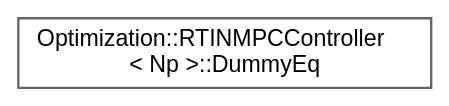
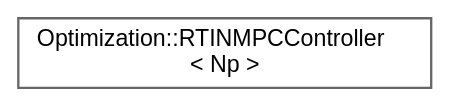
One commit to jswoo0615/Algorithms_for_Optimization_cpp changed the diagram in inherit_graph_52.dot. Above: the diagram before and after it, drawn with Graphviz. The commit also changed 78 other files, not shown here.

```diff
--- a/inherit_graph_52.dot
+++ b/inherit_graph_52.dot
@@ -1,9 +1,9 @@
 digraph "Graphical Class Hierarchy"
 {
  // LATEX_PDF_SIZE
   bgcolor="transparent";
   edge [fontname=Helvetica,fontsize=10,labelfontname=Helvetica,labelfontsize=10];
   node [fontname=Helvetica,fontsize=10,shape=box,height=0.2,width=0.4];
   rankdir="LR";
-  Node0 [id="Node000000",label="Optimization::RTINMPCController\l\< Np \>::DummyEq",height=0.2,width=0.4,color="grey40", fillcolor="white", style="filled",URL="$structOptimization_1_1RTINMPCController_1_1DummyEq.html",tooltip=" "];
+  Node0 [id="Node000000",label="Optimization::RTINMPCController\l\< Np \>",height=0.2,width=0.4,color="grey40", fillcolor="white", style="filled",URL="$classOptimization_1_1RTINMPCController.html",tooltip=" "];
 }
```
